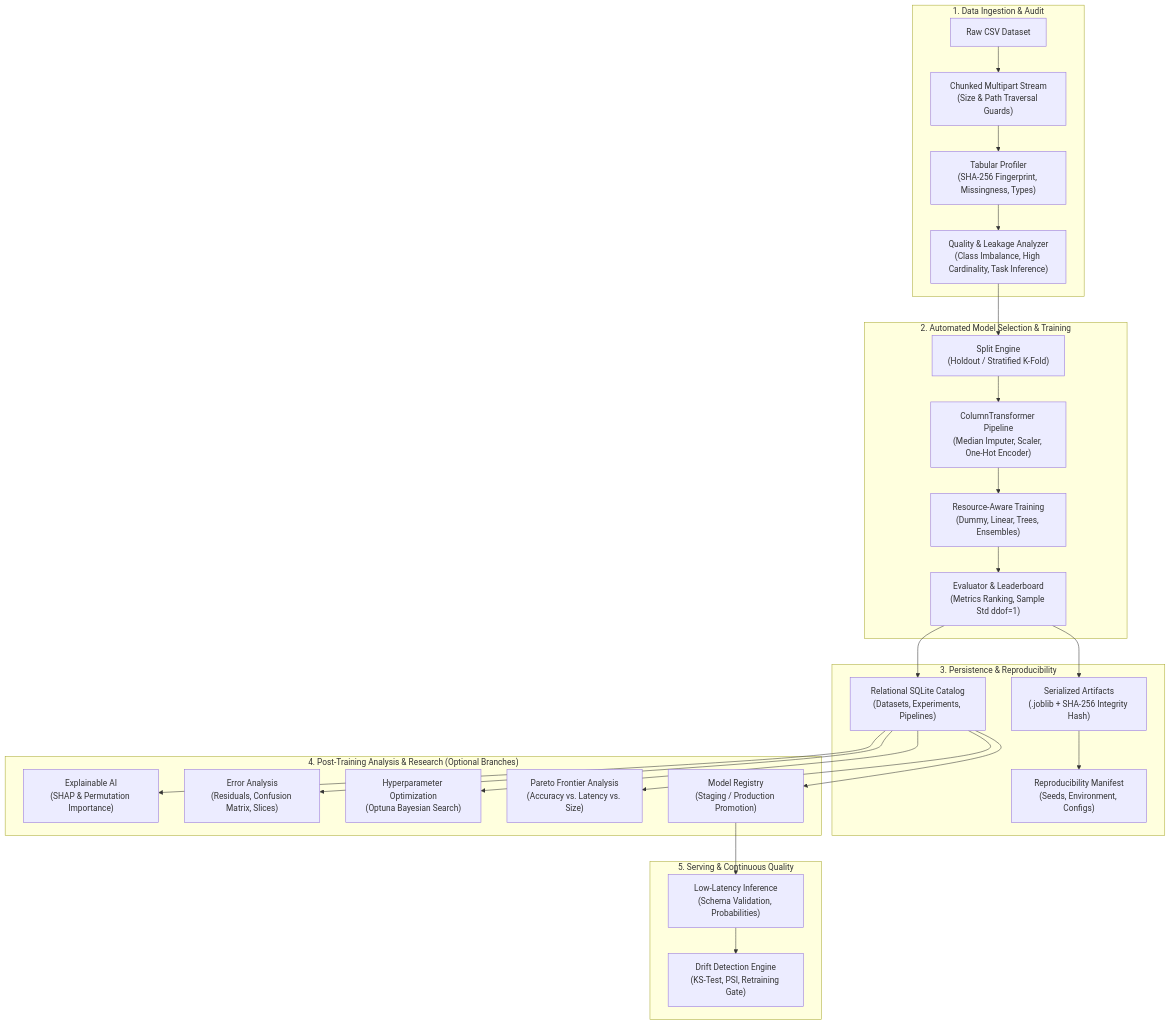
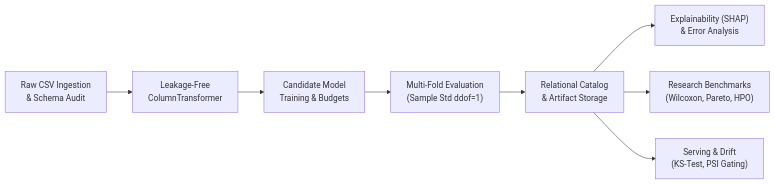
The diagram in README.md (Ishitadas03/AutoNexa), drawn with Mermaid before and after one commit. The commit also changed other lines of this file and 3 other files, not shown here.

````diff
--- a/README.md
+++ b/README.md
@@ -126,34 +27,10 @@
 ```mermaid
-flowchart TD
-    subgraph DataIngestion ["1. Data Ingestion & Audit"]
-        CSV["Raw CSV Dataset"] --> UPLOAD["Chunked Multipart Stream\n(Size & Path Traversal Guards)"]
-        UPLOAD --> PROFILE["Tabular Profiler\n(SHA-256 Fingerprint, Missingness, Types)"]
-        PROFILE --> AUDIT["Quality & Leakage Analyzer\n(Class Imbalance, High Cardinality, Task Inference)"]
-    end
-
-    subgraph AutoMLEngine ["2. Automated Model Selection & Training"]
-        AUDIT --> SPLIT["Split Engine\n(Holdout / Stratified K-Fold)"]
-        SPLIT --> PREP["ColumnTransformer Pipeline\n(Median Imputer, Scaler, One-Hot Encoder)"]
-        PREP --> TRAIN["Resource-Aware Training\n(Dummy, Linear, Trees, Ensembles)"]
-        TRAIN --> EVAL["Evaluator & Leaderboard\n(Metrics Ranking, Sample Std ddof=1)"]
-    end
-
-    subgraph Governance ["3. Persistence & Reproducibility"]
-        EVAL --> REPO["Relational SQLite Catalog\n(Datasets, Experiments, Pipelines)"]
-        EVAL --> ARTIFACT["Serialized Artifacts\n(.joblib + SHA-256 Integrity Hash)"]
-        ARTIFACT --> MANIFEST["Reproducibility Manifest\n(Seeds, Environment, Configs)"]
-    end
-
-    subgraph PostTraining ["4. Post-Training Analysis & Research (Optional Branches)"]
-        REPO --> XAI["Explainable AI\n(SHAP & Permutation Importance)"]
-        REPO --> ERR["Error Analysis\n(Residuals, Confusion Matrix, Slices)"]
-        REPO --> HPO["Hyperparameter Optimization\n(Optuna Bayesian Search)"]
-        REPO --> PARETO["Pareto Frontier Analysis\n(Accuracy vs. Latency vs. Size)"]
-        REPO --> REGISTRY["Model Registry\n(Staging / Production Promotion)"]
-    end
-
-    subgraph ServingMonitoring ["5. Serving & Continuous Quality"]
-        REGISTRY --> SERVE["Low-Latency Inference\n(Schema Validation, Probabilities)"]
-        SERVE --> MONITOR["Drift Detection Engine\n(KS-Test, PSI, Retraining Gate)"]
-    end
+flowchart LR
+    A["Raw CSV Ingestion\n& Schema Audit"] --> B["Leakage-Free\nColumnTransformer"]
+    B --> C["Candidate Model\nTraining & Budgets"]
+    C --> D["Multi-Fold Evaluation\n(Sample Std ddof=1)"]
+    D --> E["Relational Catalog\n& Artifact Storage"]
+    E --> F["Explainability (SHAP)\n& Error Analysis"]
+    E --> G["Research Benchmarks\n(Wilcoxon, Pareto, HPO)"]
+    E --> H["Serving & Drift\n(KS-Test, PSI Gating)"]
 ```
````
